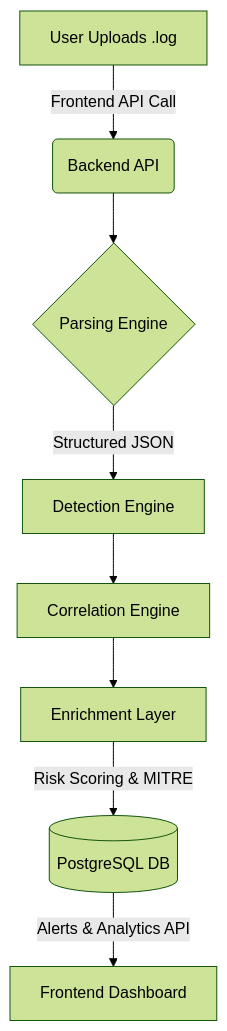
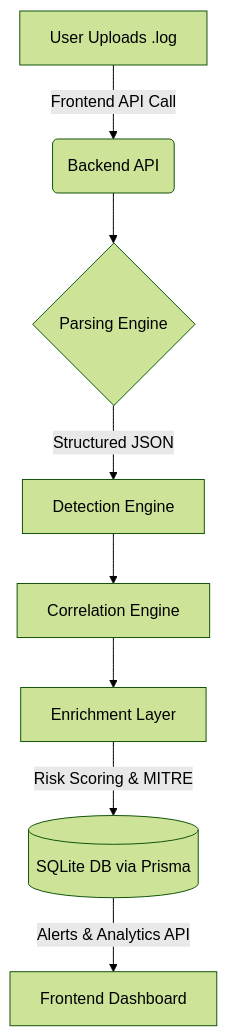
The diagram in README.md (JoshYadav/IntelliSOC), drawn with Mermaid (forest theme) before and after one commit. The commit also changed other lines of this file and 26 other files, not shown here.

````diff
--- a/README.md
+++ b/README.md
@@ -91,10 +37,10 @@
 ```mermaid
 graph TD;
     A[User Uploads .log] -->|Frontend API Call| B(Backend API)
     B --> C{Parsing Engine}
     C -->|Structured JSON| D[Detection Engine]
     D --> E[Correlation Engine]
     E --> F[Enrichment Layer]
-    F -->|Risk Scoring & MITRE| G[(PostgreSQL DB)]
+    F -->|Risk Scoring & MITRE| G[(SQLite DB via Prisma)]
     G -->|Alerts & Analytics API| H[Frontend Dashboard]
 ```
````
